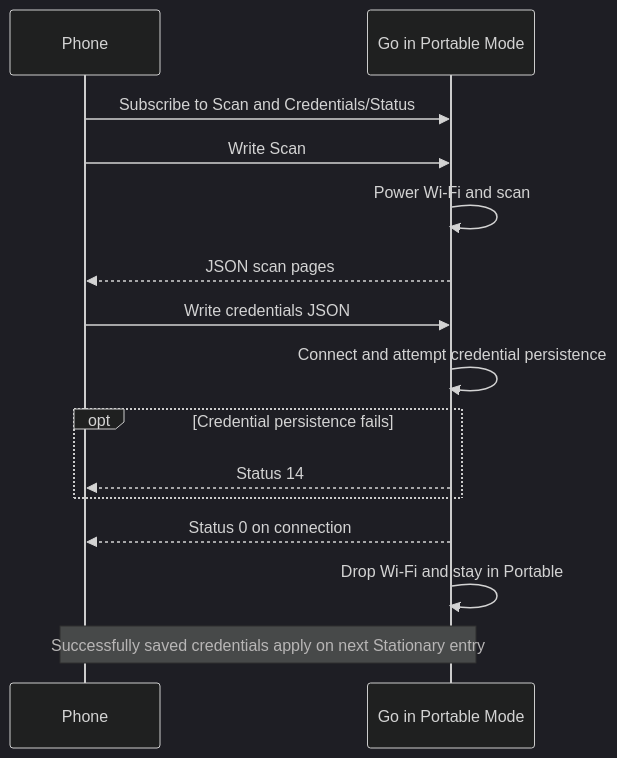
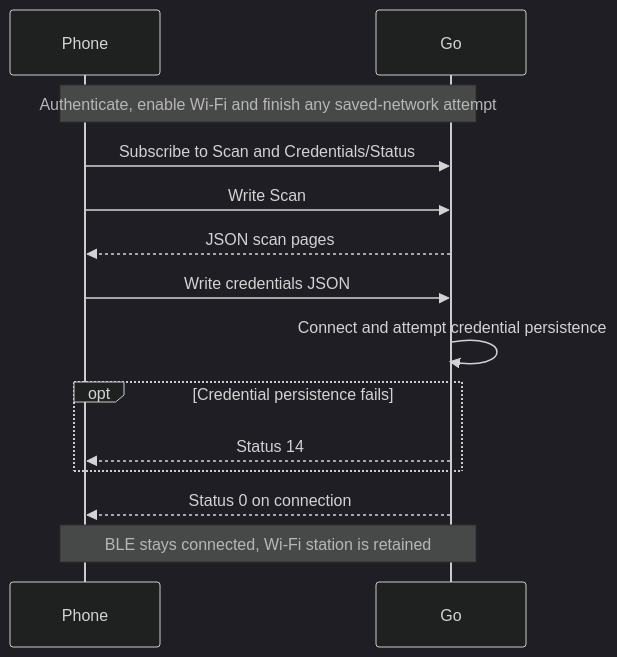
One commit to Open-Air-Foundation/firmware-core changed the fifth of 6 diagrams in products/go/go_ble_client.md. Above: the diagram before and after it, drawn with Mermaid (dark theme). The commit also changed other lines of this file, not shown here.

Commit message:
docs(go): align BLE guide with current protocol

````diff
--- a/products/go/go_ble_client.md
+++ b/products/go/go_ble_client.md
@@ -1516,17 +1564,16 @@
 ```mermaid
 sequenceDiagram
     participant Phone
-    participant Device as Go in Portable Mode
+    participant Device as Go
+    Note over Phone,Device: Authenticate, enable Wi-Fi and finish any saved-network attempt
     Phone->>Device: Subscribe to Scan and Credentials/Status
     Phone->>Device: Write Scan
-    Device->>Device: Power Wi-Fi and scan
     Device-->>Phone: JSON scan pages
     Phone->>Device: Write credentials JSON
     Device->>Device: Connect and attempt credential persistence
     opt Credential persistence fails
         Device-->>Phone: Status 14
     end
     Device-->>Phone: Status 0 on connection
-    Device->>Device: Drop Wi-Fi and stay in Portable
-    Note over Phone,Device: Successfully saved credentials apply on next Stationary entry
+    Note over Phone,Device: BLE stays connected, Wi-Fi station is retained
 ```
````
